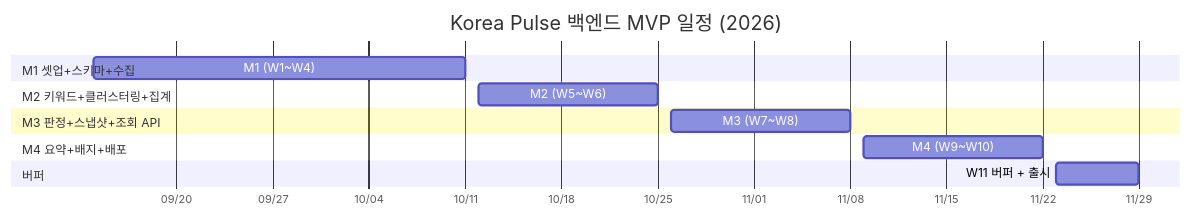
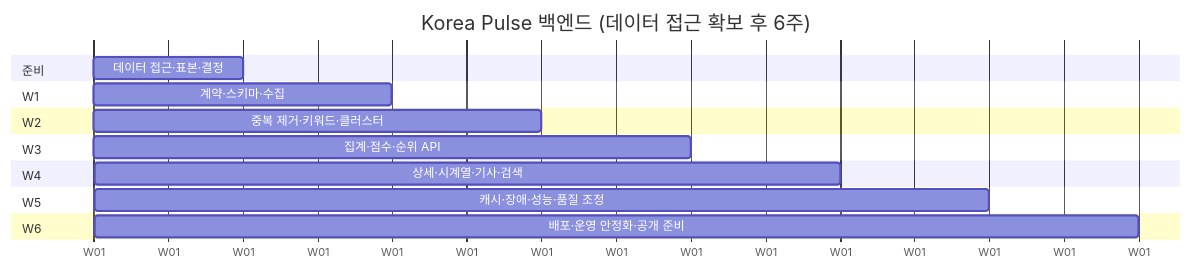
Before and after one commit to zxc8661/korea_pulse_back: the diagram in doc/05-개발-계획서.md, drawn with Mermaid. The commit also changed other lines of this file and 7 other files, not shown here.

````diff
--- a/doc/05-개발-계획서.md
+++ b/doc/05-개발-계획서.md
@@ -45,16 +80,20 @@
 ```mermaid
 gantt
-    title Korea Pulse 백엔드 MVP 일정 (2026)
-    dateFormat  YYYY-MM-DD
-    axisFormat  %m/%d
-    section M1 셋업+스키마+수집
-    M1 (W1~W4)            :m1, 2026-09-14, 2026-10-11
-    section M2 키워드+클러스터링+집계
-    M2 (W5~W6)            :m2, 2026-10-12, 2026-10-25
-    section M3 판정+스냅샷+조회 API
-    M3 (W7~W8)            :m3, 2026-10-26, 2026-11-08
-    section M4 요약+배지+배포
-    M4 (W9~W10)           :m4, 2026-11-09, 2026-11-22
-    section 버퍼
-    W11 버퍼 + 출시        :buf, 2026-11-23, 2026-11-29
+    title Korea Pulse 백엔드 (데이터 접근 확보 후 6주)
+    dateFormat  X
+    axisFormat  W%d
+    section 준비
+    데이터 접근·표본·결정      :p, 0, 1
+    section W1
+    계약·스키마·수집           :w1, 1, 2
+    section W2
+    중복 제거·키워드·클러스터   :w2, 2, 3
+    section W3
+    집계·점수·순위 API         :w3, 3, 4
+    section W4
+    상세·시계열·기사·검색       :w4, 4, 5
+    section W5
+    캐시·장애·성능·품질 조정    :w5, 5, 6
+    section W6
+    배포·운영 안정화·공개 준비  :w6, 6, 7
 ```
````
